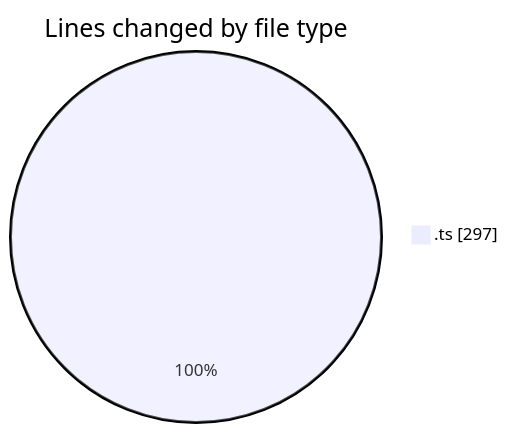
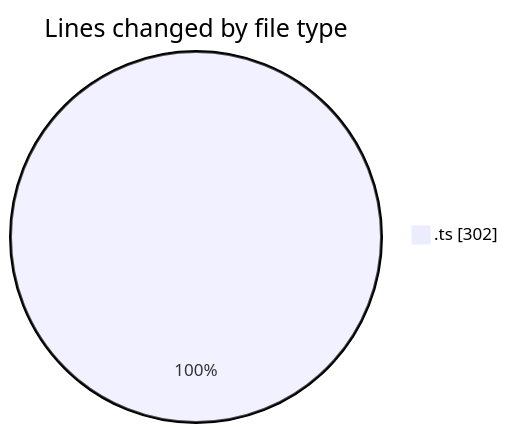
Before and after one commit to momahboobian/code-tracking: the first of 2 diagrams in 2025-06-24/cda/README.md, drawn with Mermaid. The commit also changed other lines of this file and 1 other file, not shown here.

````diff
--- a/2025-06-24/cda/README.md
+++ b/2025-06-24/cda/README.md
@@ -20,5 +20,5 @@
 ```mermaid
 pie showData
 title Lines changed by file type
-".ts" : 297
+".ts" : 302
 ```
````
